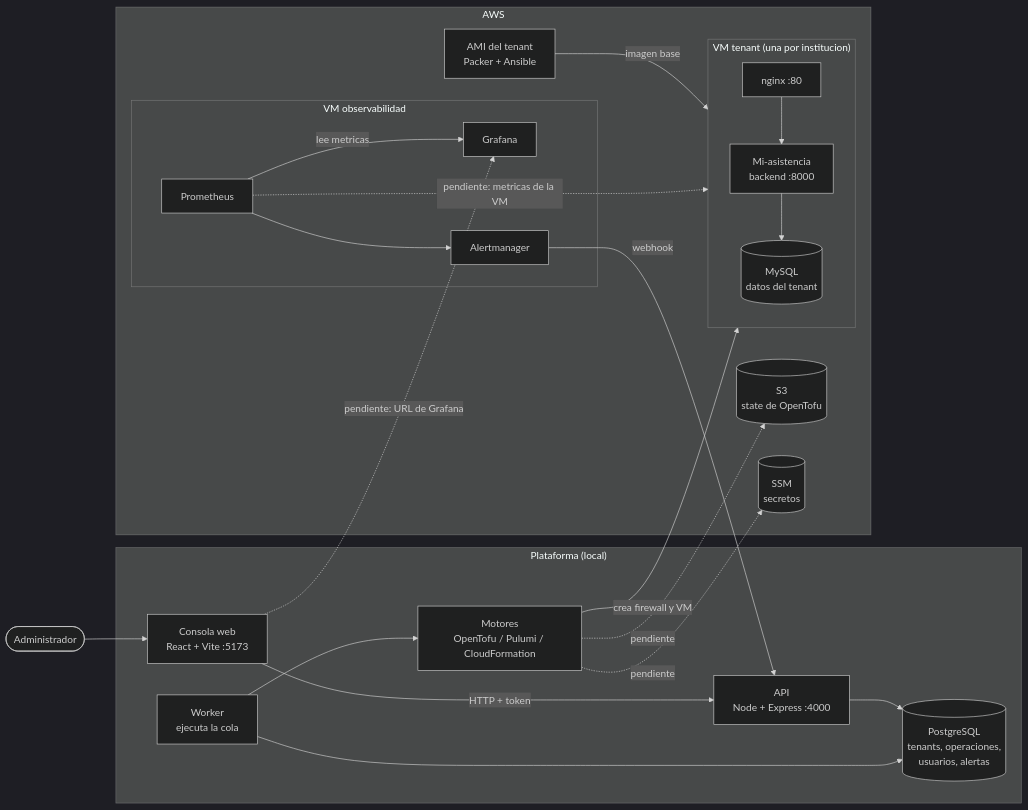
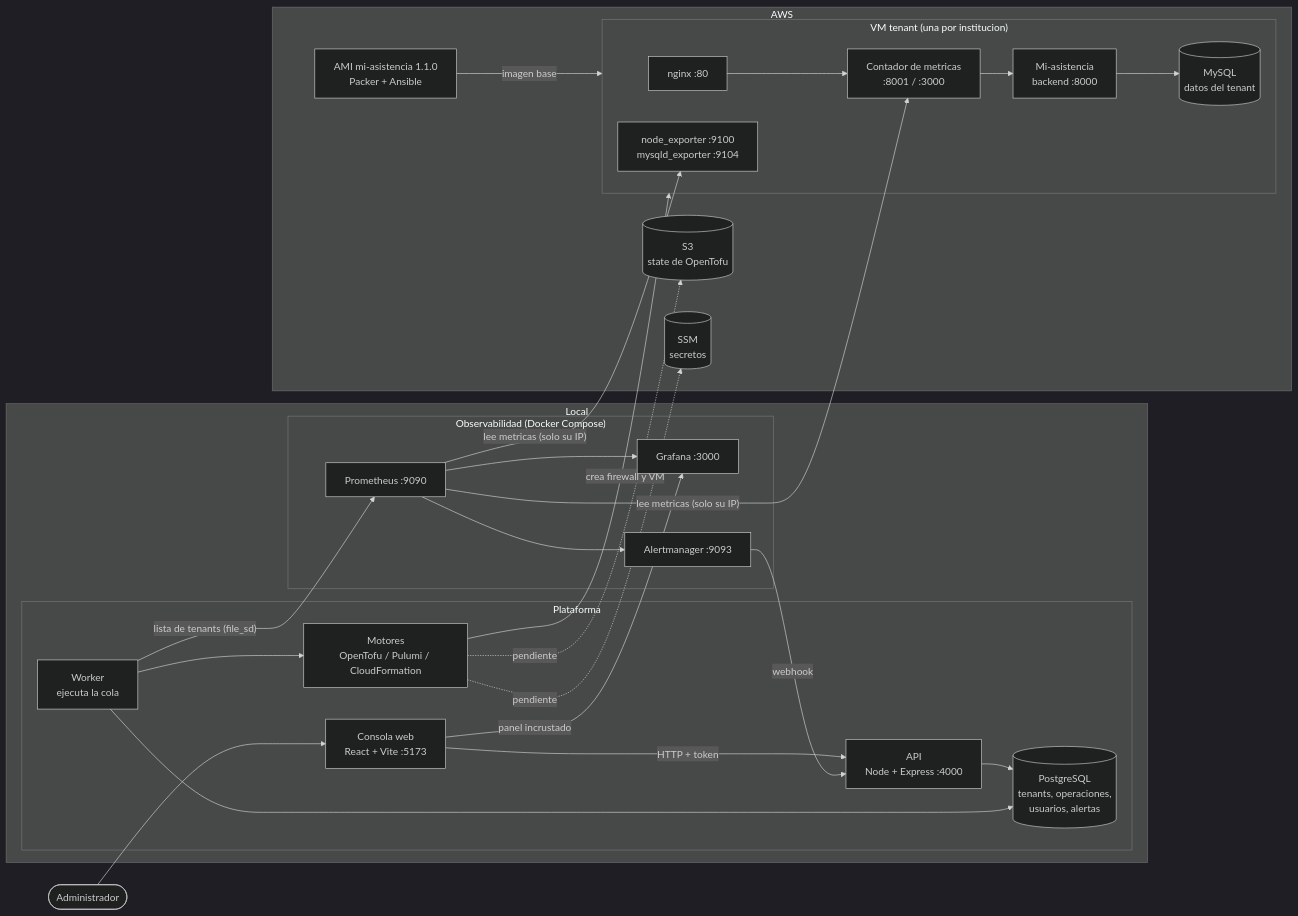
The first of 3 diagrams in docs/ARQUITECTURA.md (escobarnina/plataforma-tenants), drawn with Mermaid (dark theme) before and after one commit. The commit also changed other lines of this file and 2 other files, not shown here.

Commit message:
Docs: arquitectura actualizada con observabilidad local, pruebas en AWS y conexion de Grafana

````diff
--- a/docs/ARQUITECTURA.md
+++ b/docs/ARQUITECTURA.md
@@ -11,45 +11,51 @@
 ```mermaid
 flowchart LR
     admin(["Administrador"])
 
-    subgraph local["Plataforma (local)"]
-        consola["Consola web<br/>React + Vite :5173"]
-        api["API<br/>Node + Express :4000"]
-        pg[("PostgreSQL<br/>tenants, operaciones,<br/>usuarios, alertas")]
-        worker["Worker<br/>ejecuta la cola"]
-        motores["Motores<br/>OpenTofu / Pulumi / CloudFormation"]
+    subgraph local["Local"]
+        subgraph plat["Plataforma"]
+            consola["Consola web<br/>React + Vite :5173"]
+            api["API<br/>Node + Express :4000"]
+            pg[("PostgreSQL<br/>tenants, operaciones,<br/>usuarios, alertas")]
+            worker["Worker<br/>ejecuta la cola"]
+            motores["Motores<br/>OpenTofu / Pulumi / CloudFormation"]
+        end
+        subgraph obs["Observabilidad (Docker Compose)"]
+            prom["Prometheus :9090"]
+            graf["Grafana :3000"]
+            alert["Alertmanager :9093"]
+        end
     end
 
     subgraph aws["AWS"]
         subgraph vm1["VM tenant (una por institucion)"]
             nginx["nginx :80"]
+            cont["Contador de metricas<br/>:8001 / :3000"]
             app["Mi-asistencia<br/>backend :8000"]
             mysql[("MySQL<br/>datos del tenant")]
+            exp["node_exporter :9100<br/>mysqld_exporter :9104"]
         end
-        subgraph obs["VM observabilidad"]
-            prom["Prometheus"]
-            graf["Grafana"]
-            alert["Alertmanager"]
-        end
-        ami["AMI del tenant<br/>Packer + Ansible"]
+        ami["AMI mi-asistencia 1.1.0<br/>Packer + Ansible"]
         s3[("S3<br/>state de OpenTofu")]
         ssm[("SSM<br/>secretos")]
     end
 
     admin --> consola
     consola -->|"HTTP + token"| api
+    consola -->|"panel incrustado"| graf
     api --> pg
     worker --> pg
     worker --> motores
+    worker -->|"lista de tenants (file_sd)"| prom
     motores -->|"crea firewall y VM"| vm1
     ami -->|"imagen base"| vm1
-    nginx --> app --> mysql
-    prom -->|"lee metricas"| graf
+    nginx --> cont --> app --> mysql
+    prom -->|"lee metricas (solo su IP)"| exp
+    prom -->|"lee metricas (solo su IP)"| cont
+    prom --> graf
     prom --> alert
     alert -->|"webhook"| api
 
-    prom -.->|"pendiente: metricas de la VM"| vm1
     motores -.->|"pendiente"| s3
     motores -.->|"pendiente"| ssm
-    consola -.->|"pendiente: URL de Grafana"| graf
 ```
````
